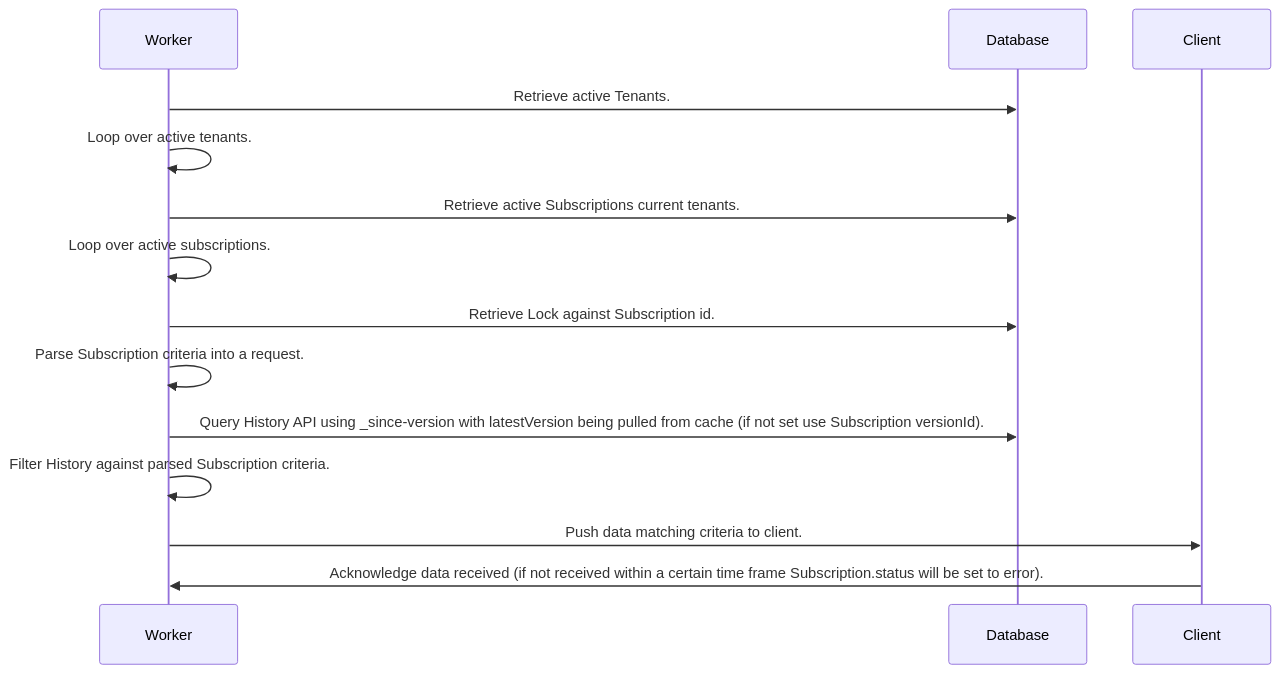
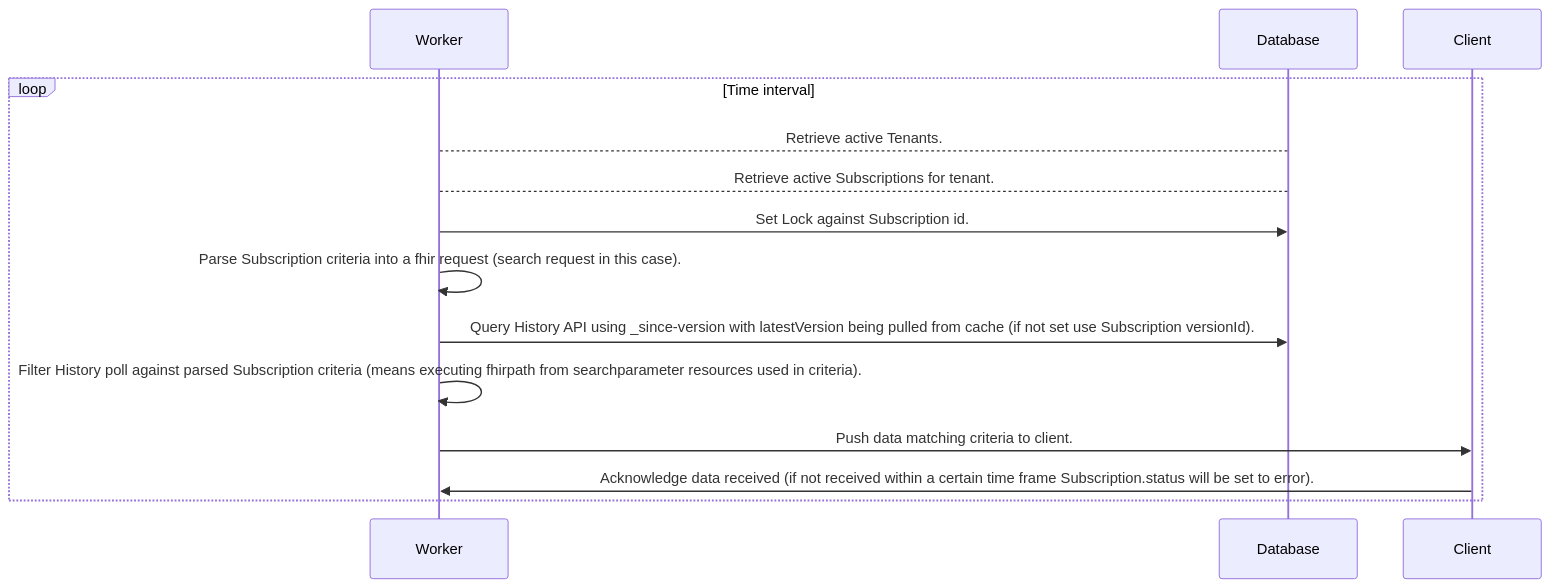
Before and after one commit to IGUHealth/IGUHealth: the first of 4 diagrams in packages/docs/docs/rfcs/RFC_SubscriptionTopic.mdx, drawn with Mermaid. The commit also changed other lines of this file, not shown here.

````diff
--- a/packages/docs/docs/rfcs/RFC_SubscriptionTopic.mdx
+++ b/packages/docs/docs/rfcs/RFC_SubscriptionTopic.mdx
@@ -21,13 +25,14 @@
 ```mermaid
 sequenceDiagram
-    Worker->>Database: Retrieve active Tenants.
-    Worker->>Worker: Loop over active tenants.
-    Worker->>Database: Retrieve active Subscriptions current tenants.
-    Worker->>Worker: Loop over active subscriptions.
-    Worker->>Database: Retrieve Lock against Subscription id.
-    Worker->>Worker: Parse Subscription criteria into a request.
-    Worker->>Database: Query History API using _since-version with latestVersion being pulled from cache (if not set use Subscription versionId).
-    Worker->>Worker: Filter History against parsed Subscription criteria.
-    Worker->>Client: Push data matching criteria to client.
-    Client->>Worker: Acknowledge data received (if not received within a certain time frame Subscription.status will be set to error).
+    loop Time interval
+      Worker-->Database: Retrieve active Tenants.
+        Worker-->Database: Retrieve active Subscriptions for tenant.
+          Worker->>Database: Set Lock against Subscription id.
+          Worker->>Worker: Parse Subscription criteria into a fhir request (search request in this case).
+          Worker->>Database: Query History API using _since-version with latestVersion being pulled from cache (if not set use Subscription versionId).
+          Worker->>Worker: Filter History poll against parsed Subscription criteria (means executing fhirpath from searchparameter resources used in criteria).
+          Worker->>Client: Push data matching criteria to client.
+        Client->>Worker: Acknowledge data received (if not received within a certain time frame Subscription.status will be set to error).
+    end
+
 ```
````
